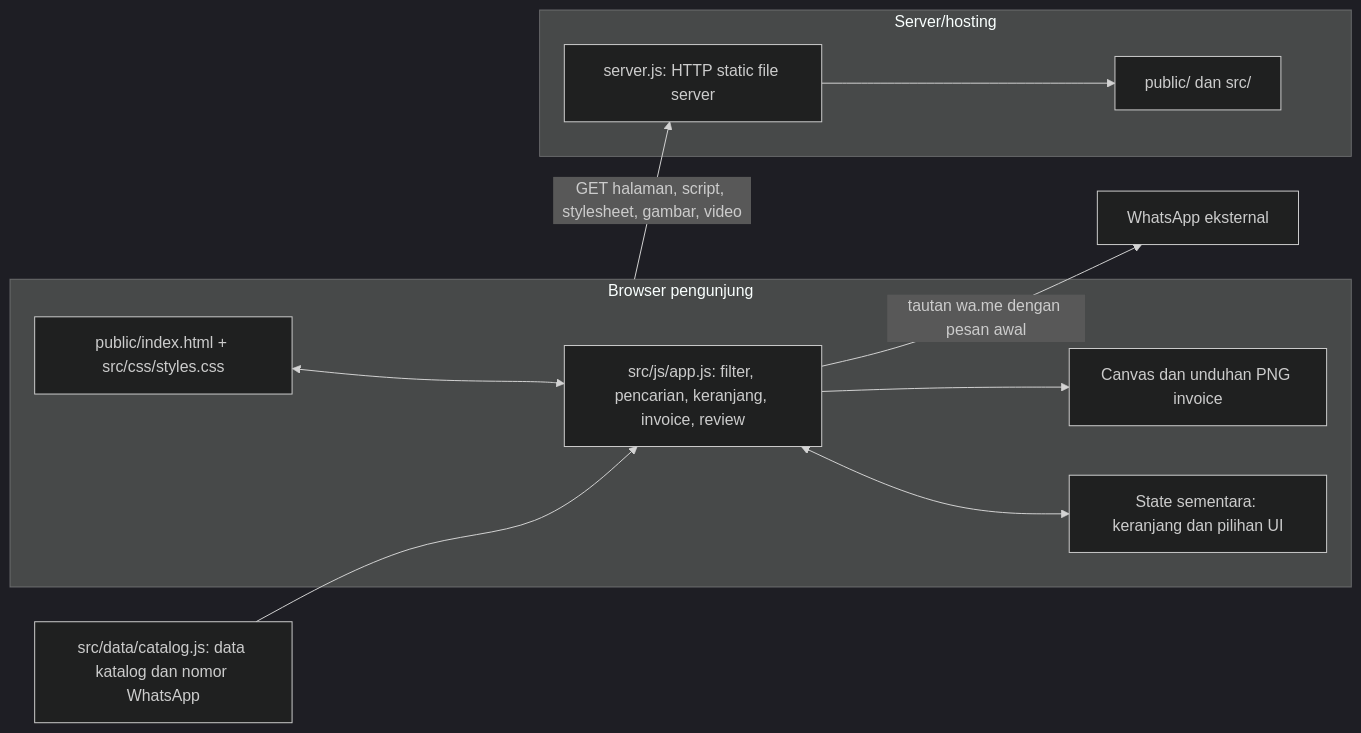
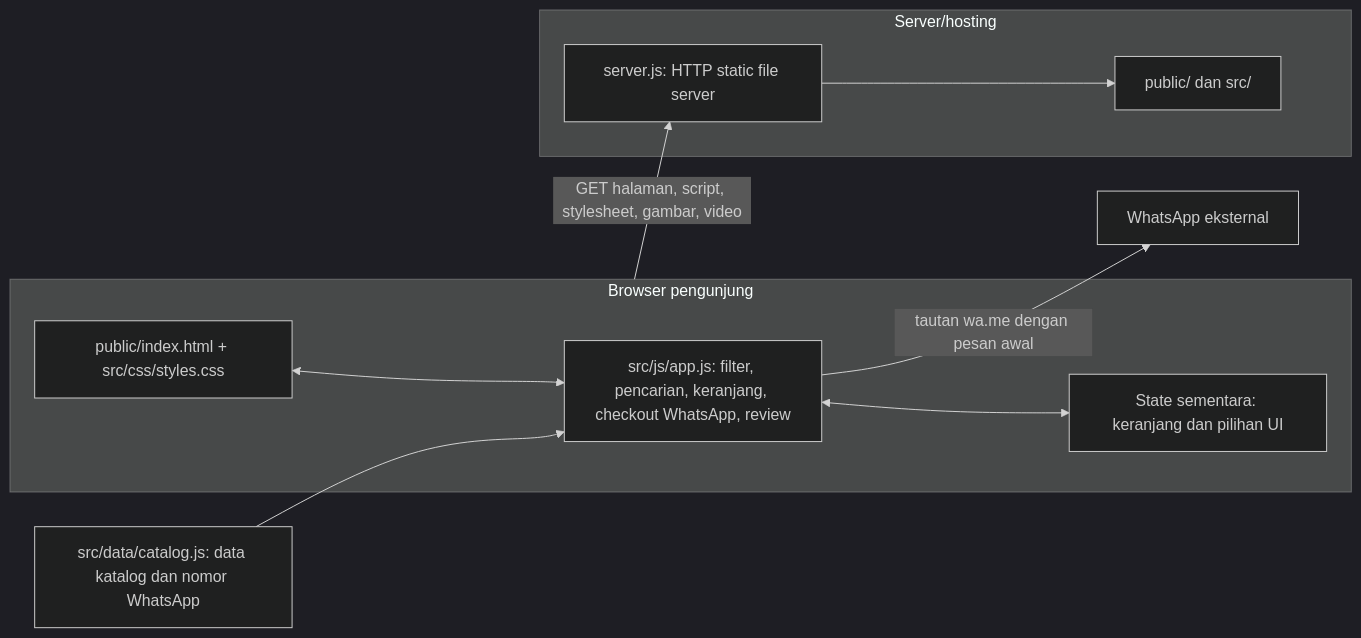
One commit to andiap92/FD-Culinary changed the second of 2 diagrams in ALUR-SISTEM.md. Above: the diagram before and after it, drawn with Mermaid (dark theme). The commit also changed other lines of this file and 3 other files, not shown here.

Commit message:
Replace invoice flow with WhatsApp checkout

````diff
--- a/ALUR-SISTEM.md
+++ b/ALUR-SISTEM.md
@@ -39,20 +35,18 @@
 ```mermaid
 flowchart LR
     subgraph Browser[Browser pengunjung]
         UI[public/index.html + src/css/styles.css]
-        APP[src/js/app.js: filter, pencarian, keranjang, invoice, review]
+        APP[src/js/app.js: filter, pencarian, keranjang, checkout WhatsApp, review]
         STATE[State sementara: keranjang dan pilihan UI]
-        CANVAS[Canvas dan unduhan PNG invoice]
         UI <--> APP
         APP <--> STATE
-        APP --> CANVAS
     end
     subgraph Hosting[Server/hosting]
         NODE[server.js: HTTP static file server]
         FILES[public/ dan src/]
         NODE --> FILES
     end
     Browser -->|GET halaman, script, stylesheet, gambar, video| NODE
     APP -->|tautan wa.me dengan pesan awal| WA[WhatsApp eksternal]
     CONFIG[src/data/catalog.js: data katalog dan nomor WhatsApp] --> APP
 ```
````
